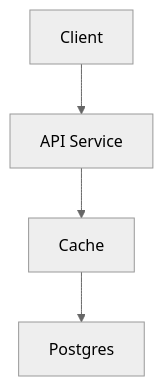
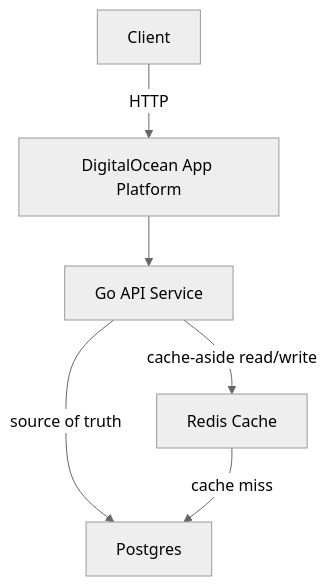
One commit to sffinn/feature-flag-service changed the first of 5 diagrams in spec.md. Above: the diagram before and after it, drawn with Mermaid (neutral theme). The commit also changed other lines of this file, not shown here.

Commit message:
feat: updated diagrams in spec.md

````diff
--- a/spec.md
+++ b/spec.md
@@ -15,6 +15,14 @@
 ```mermaid
 flowchart TD
-    A[Client] --> B[API Service]
-    B --> C[Cache]
-    C --> D[Postgres]
+    Client[Client]
+    AppPlatform[DigitalOcean App Platform]
+    API[Go API Service]
+    Redis[Redis Cache]
+    Postgres[Postgres]
+
+    Client -->|HTTP| AppPlatform
+    AppPlatform --> API
+    API -->|cache-aside read/write| Redis
+    API -->|source of truth| Postgres
+    Redis -->|cache miss| Postgres
 ```
````
